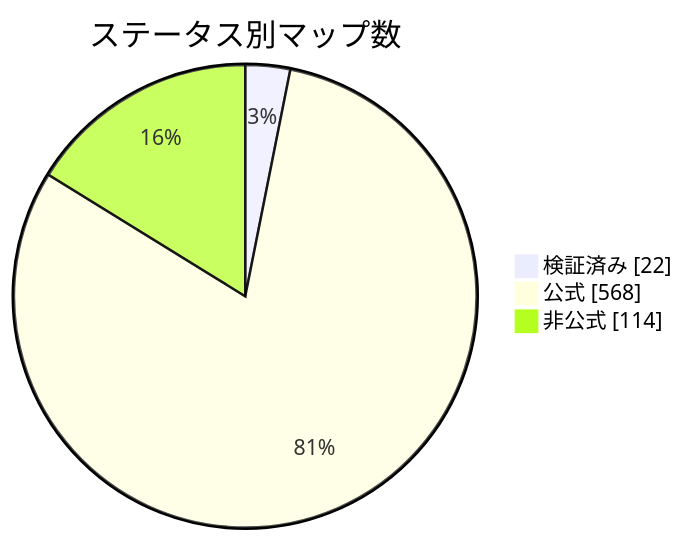
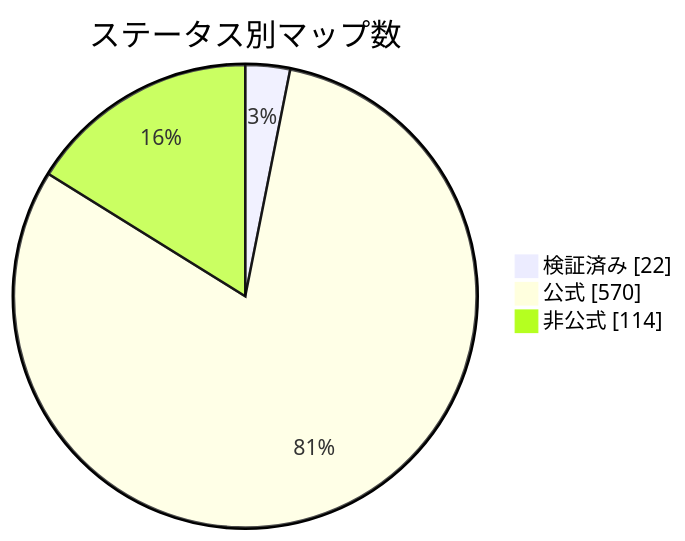
The diagram in docs/readme/README_JP.md (nobrega8/mbmap-library), drawn with Mermaid before and after one commit. The commit also changed 7 other files, not shown here.

````diff
--- a/docs/readme/README_JP.md
+++ b/docs/readme/README_JP.md
@@ -54,7 +54,7 @@
 ```mermaid
 pie showData
     title ステータス別マップ数
     "検証済み" : 22
-    "公式" : 568
+    "公式" : 570
     "非公式" : 114
 ```
````
